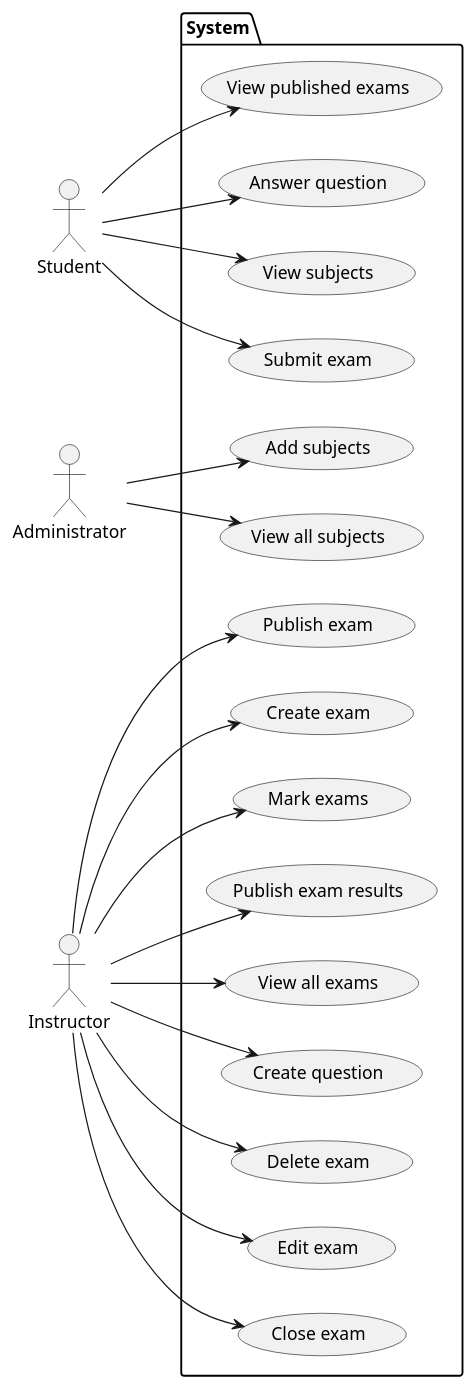
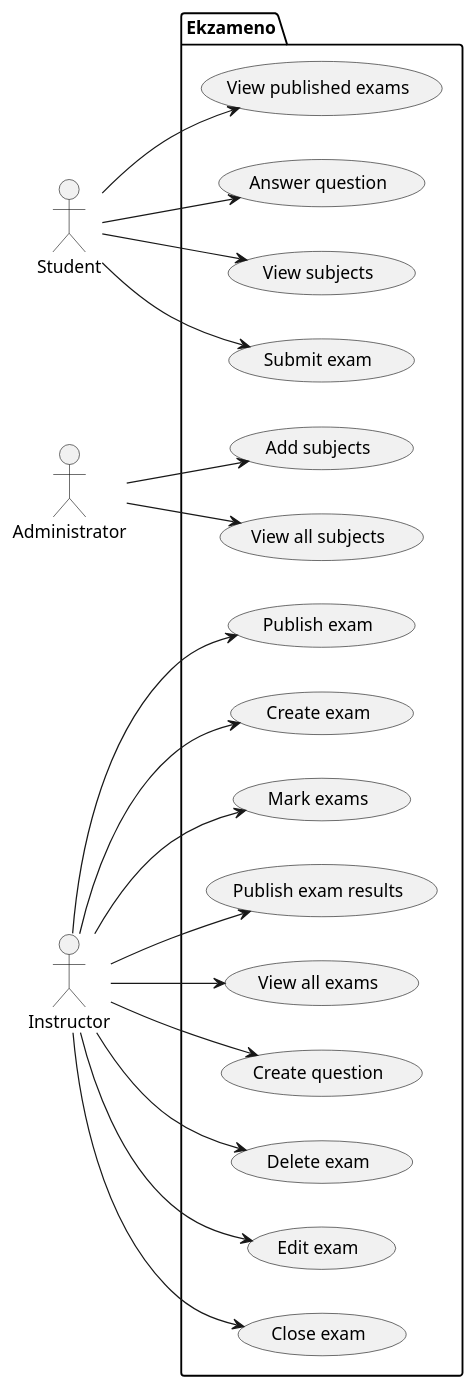
Before and after one commit to omjadas/ekzameno: the diagram in docs/diagrams/useCase.puml, drawn with PlantUML.

Commit message:
docs: rename System to Ekzameno

```diff
--- a/docs/diagrams/useCase.puml
+++ b/docs/diagrams/useCase.puml
@@ -1,45 +1,45 @@
 @startuml Use Case Diagram
 
 left to right direction
 
 actor Student
 actor Administrator
 actor Instructor
 
-package System {
+package Ekzameno {
     usecase "Submit exam" as UC01
     usecase "Create exam" as UC02
     usecase "Mark exams" as UC03
     usecase "Publish exam results" as UC04
     usecase "Add subjects" as UC05
     usecase "View all subjects" as UC06
     usecase "Delete exam" as UC07
     usecase "Edit exam" as UC08
     usecase "Close exam" as UC09
     usecase "View published exams" as UC10
     usecase "Answer question" as UC11
     usecase "View subjects" as UC12
     usecase "Publish exam" as UC13
     usecase "View all exams" as UC14
     usecase "Create question" as UC15
 }
 
 Student --> UC01
 Student --> UC10
 Student --> UC11
 Student --> UC12
 
 Instructor --> UC02
 Instructor --> UC03
 Instructor --> UC04
 Instructor --> UC07
 Instructor --> UC08
 Instructor --> UC09
 Instructor --> UC13
 Instructor --> UC14
 Instructor --> UC15
 
 Administrator --> UC05
 Administrator --> UC06
 
 @enduml
```
